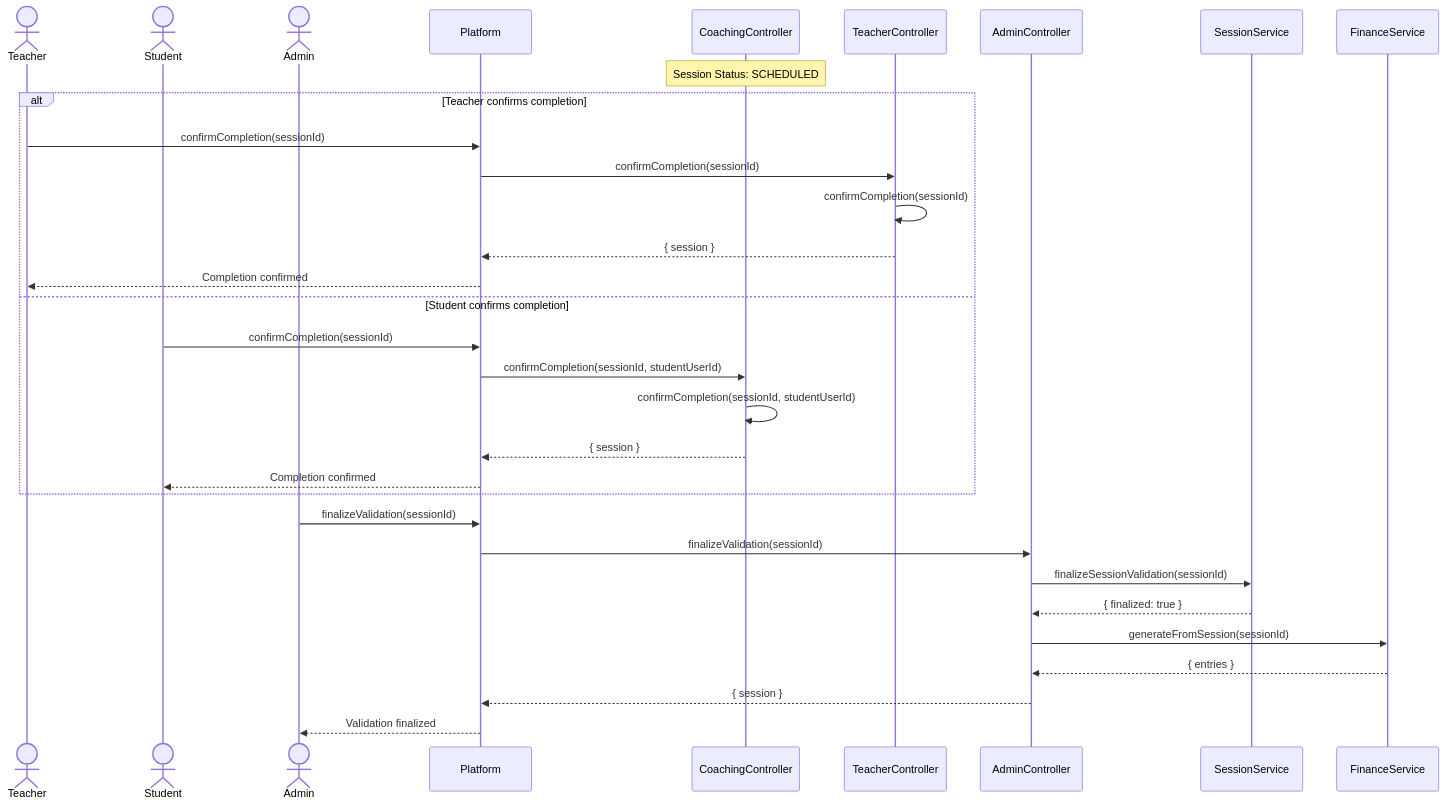
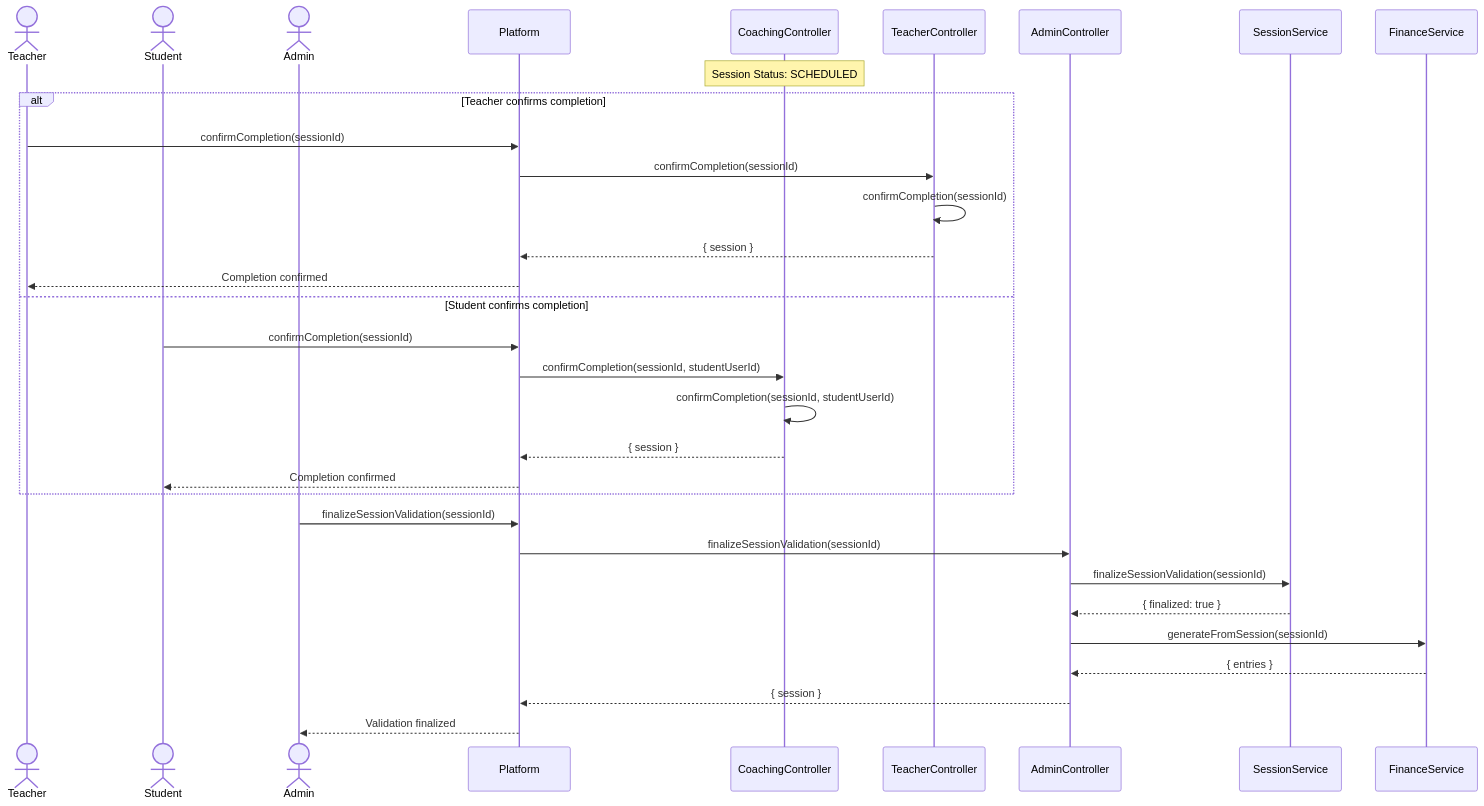
One commit to NovaLogic-Systems/gestArtes-docs changed the third of 20 diagrams in diagrams/Sequence Diagram/sequencediagram.md. Above: the diagram before and after it, drawn with Mermaid. The commit also changed other lines of this file and 21 other files, not shown here.

First line of the commit message:
feat(diagrams): update class diagram and sequence diagram with new methods and entities

````diff
--- a/diagrams/Sequence Diagram/sequencediagram.md
+++ b/diagrams/Sequence Diagram/sequencediagram.md
@@ -64,37 +64,37 @@
 ```mermaid
 sequenceDiagram
     actor Teacher
     actor Student
     actor Admin
     participant Platform as Platform
     participant CoachingController as CoachingController
     participant TeacherController as TeacherController
     participant AdminController as AdminController
     participant SessionService as SessionService
     participant FinanceService as FinanceService
 
     Note over CoachingController: Session Status: SCHEDULED
 
     alt Teacher confirms completion
         Teacher->>Platform: confirmCompletion(sessionId)
         Platform->>TeacherController: confirmCompletion(sessionId)
         TeacherController->>TeacherController: confirmCompletion(sessionId)
         TeacherController-->>Platform: { session }
         Platform-->>Teacher: Completion confirmed
     else Student confirms completion
         Student->>Platform: confirmCompletion(sessionId)
         Platform->>CoachingController: confirmCompletion(sessionId, studentUserId)
         CoachingController->>CoachingController: confirmCompletion(sessionId, studentUserId)
         CoachingController-->>Platform: { session }
         Platform-->>Student: Completion confirmed
     end
 
-    Admin->>Platform: finalizeValidation(sessionId)
-    Platform->>AdminController: finalizeValidation(sessionId)
+    Admin->>Platform: finalizeSessionValidation(sessionId)
+    Platform->>AdminController: finalizeSessionValidation(sessionId)
     AdminController->>SessionService: finalizeSessionValidation(sessionId)
     SessionService-->>AdminController: { finalized: true }
     AdminController->>FinanceService: generateFromSession(sessionId)
     FinanceService-->>AdminController: { entries }
     AdminController-->>Platform: { session }
     Platform-->>Admin: Validation finalized
 ```
````
